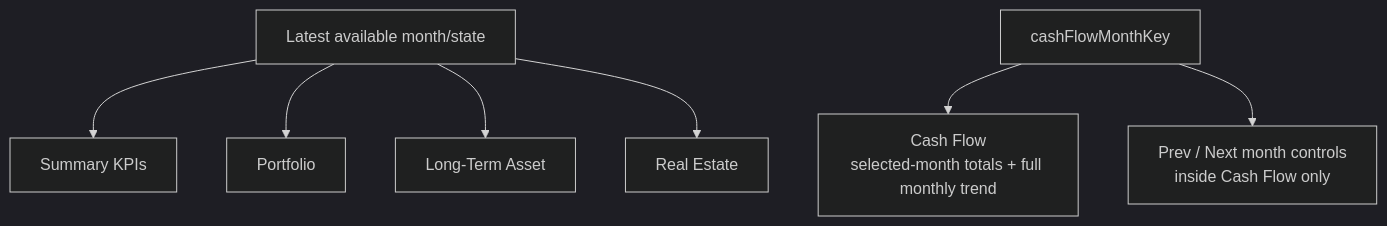
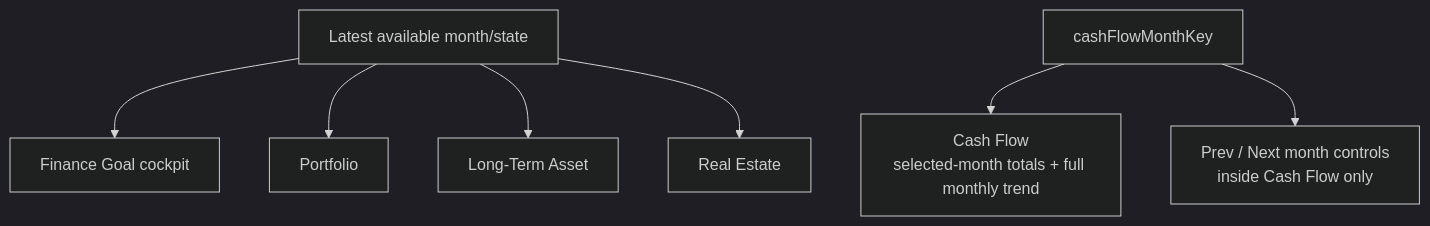
One commit to ksg0694-ops/NetVisualizer changed the fifth of 13 diagrams in docs/02-design/current-architecture-map.md. Above: the diagram before and after it, drawn with Mermaid (dark theme). The commit also changed other lines of this file and 2 other files, not shown here.

Commit message:
Make finance cockpit the goal screen

````diff
--- a/docs/02-design/current-architecture-map.md
+++ b/docs/02-design/current-architecture-map.md
@@ -90,10 +90,10 @@
 ```mermaid
 flowchart TD
-    LatestState["Latest available month/state"] --> Summary["Summary KPIs"]
+    LatestState["Latest available month/state"] --> FinanceGoal["Finance Goal cockpit"]
     LatestState --> Portfolio["Portfolio"]
     LatestState --> AssetTrend["Long-Term Asset"]
     LatestState --> RealEstate["Real Estate"]
 
     CashFlowMonth["cashFlowMonthKey"] --> CashFlow["Cash Flow\nselected-month totals + full monthly trend"]
     CashFlowMonth --> MonthControls["Prev / Next month controls\ninside Cash Flow only"]
 ```
````
